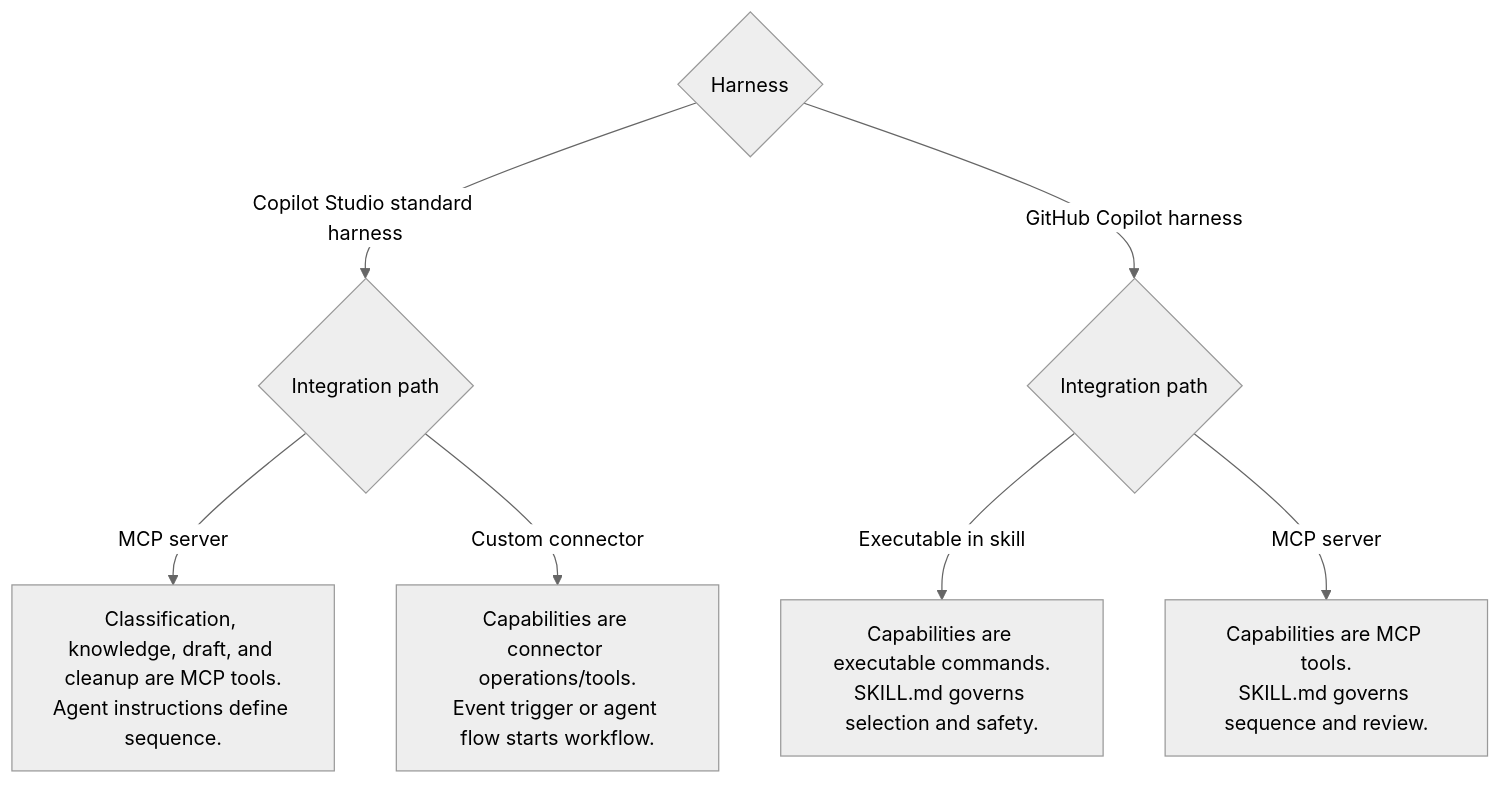
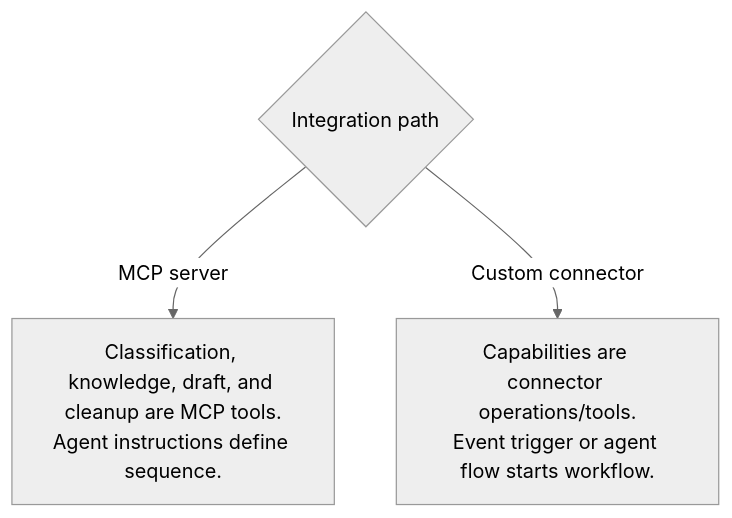
One commit to holgerimbery/bridge365 changed the second of 29 diagrams in docs/shared-mailbox-classification-master-guide.md. Above: the diagram before and after it, drawn with Mermaid (neutral theme). The commit also changed other lines of this file and 9 other files, not shown here.

````diff
--- a/docs/shared-mailbox-classification-master-guide.md
+++ b/docs/shared-mailbox-classification-master-guide.md
@@ -265,9 +265,5 @@
 ```mermaid
 flowchart TD
-    H{Harness} -->|Copilot Studio standard harness| CS{Integration path}
-    H -->|GitHub Copilot harness| GH{Integration path}
-    CS -->|MCP server| CSMCP[Classification, knowledge, draft, and cleanup are MCP tools.<br/>Agent instructions define sequence.]
-    CS -->|Custom connector| CSCC[Capabilities are connector operations/tools.<br/>Event trigger or agent flow starts workflow.]
-    GH -->|Executable in skill| GHEX[Capabilities are executable commands.<br/>SKILL.md governs selection and safety.]
-    GH -->|MCP server| GHMCP[Capabilities are MCP tools.<br/>SKILL.md governs sequence and review.]
+    H{Integration path} -->|MCP server| CSMCP[Classification, knowledge, draft, and cleanup are MCP tools.<br/>Agent instructions define sequence.]
+    H -->|Custom connector| CSCC[Capabilities are connector operations/tools.<br/>Event trigger or agent flow starts workflow.]
 ```
````
